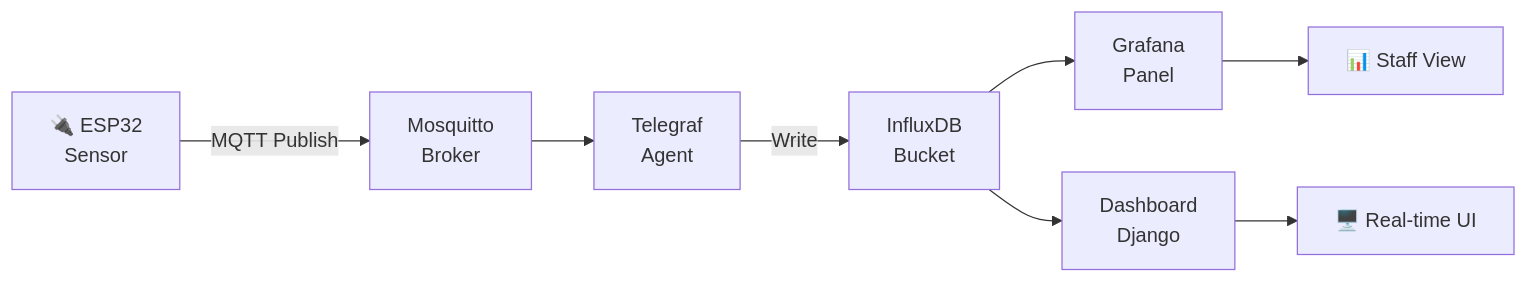
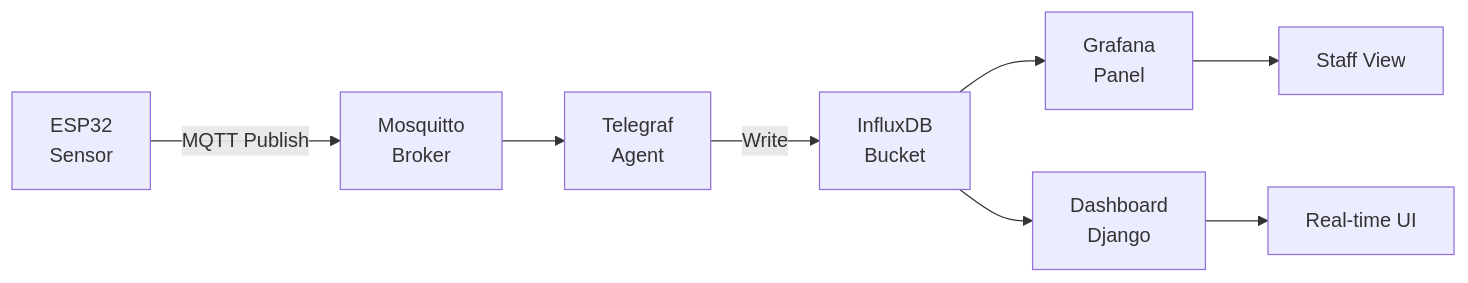
Before and after one commit to omarmx9/smart-hotel: the second of 3 diagrams in cloud/README.md, drawn with Mermaid. The commit also changed other lines of this file and 3 other files, not shown here.

Commit message:
docs: Update Mermaid diagrams for consistency and clarity in documentation

````diff
--- a/cloud/README.md
+++ b/cloud/README.md
@@ -86,10 +86,10 @@
 ```mermaid
 flowchart LR
-    A["🔌 ESP32<br/>Sensor"] -->|MQTT Publish| B["Mosquitto<br/>Broker"]
+    A["ESP32<br/>Sensor"] -->|MQTT Publish| B["Mosquitto<br/>Broker"]
     B --> C["Telegraf<br/>Agent"]
     C -->|Write| D["InfluxDB<br/>Bucket"]
     D --> E["Grafana<br/>Panel"]
     D --> F["Dashboard<br/>Django"]
-    E --> G["📊 Staff View"]
-    F --> H["🖥️ Real-time UI"]
+    E --> G["Staff View"]
+    F --> H["Real-time UI"]
 ```
````
